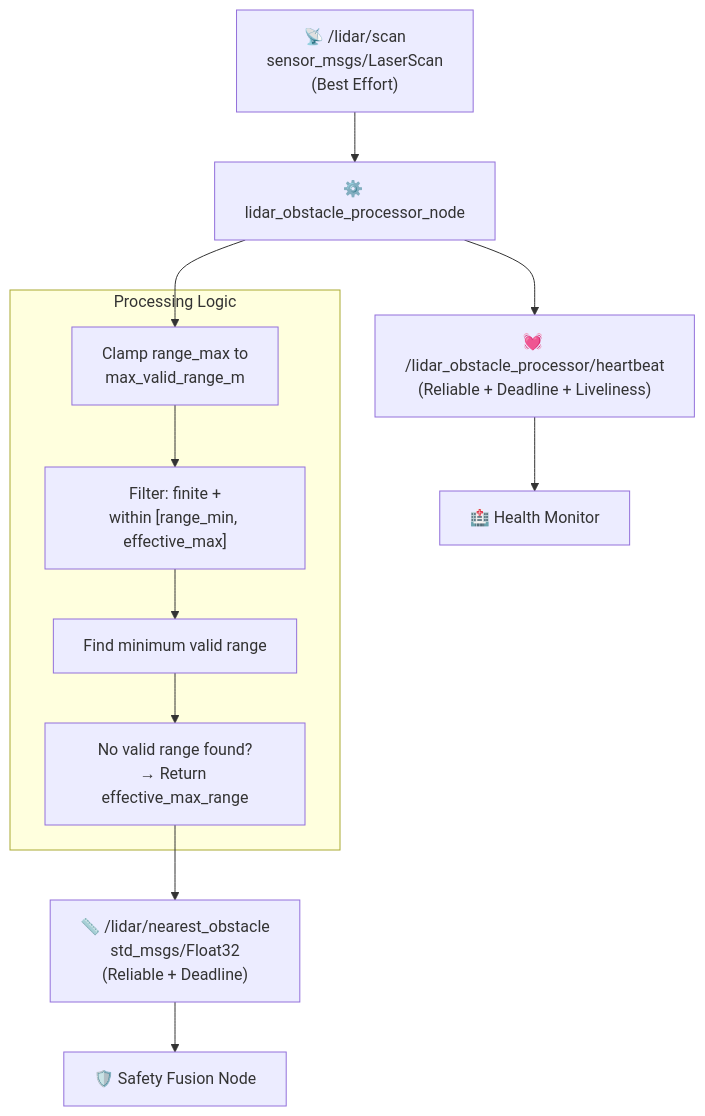
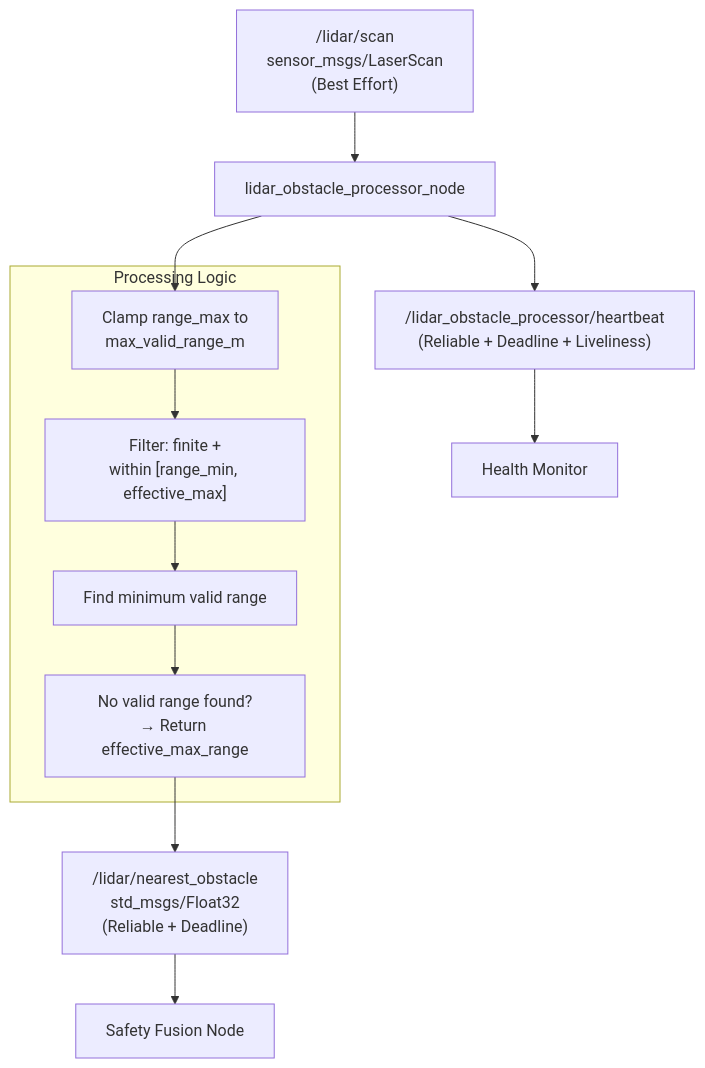
The first of 2 diagrams in src/drone_health_lidar_example/lidar_obstacle_processor/README.md (NILAMATHI1999/drone-health-modular-framework), drawn with Mermaid before and after one commit. The commit also changed other lines of this file, not shown here.

````diff
--- a/src/drone_health_lidar_example/lidar_obstacle_processor/README.md
+++ b/src/drone_health_lidar_example/lidar_obstacle_processor/README.md
@@ -12,19 +12,19 @@
 ```mermaid
 graph TD
-    LIDAR["📡 /lidar/scan<br/>sensor_msgs/LaserScan<br/>(Best Effort)"] --> PROC["⚙️ lidar_obstacle_processor_node"]
+    LIDAR[" /lidar/scan<br/>sensor_msgs/LaserScan<br/>(Best Effort)"] --> PROC[" lidar_obstacle_processor_node"]
     
     subgraph Core ["Processing Logic"]
         CLAMP["Clamp range_max to<br/>max_valid_range_m"]
         FILTER["Filter: finite +<br/>within [range_min, effective_max]"]
         FIND["Find minimum valid range"]
         FALLBACK["No valid range found?<br/>→ Return effective_max_range"]
     end
     
     PROC --> CLAMP --> FILTER --> FIND --> FALLBACK
     
-    FALLBACK --> OBS["📏 /lidar/nearest_obstacle<br/>std_msgs/Float32<br/>(Reliable + Deadline)"]
-    PROC --> HB["💓 /lidar_obstacle_processor/heartbeat<br/>(Reliable + Deadline + Liveliness)"]
+    FALLBACK --> OBS[" /lidar/nearest_obstacle<br/>std_msgs/Float32<br/>(Reliable + Deadline)"]
+    PROC --> HB[" /lidar_obstacle_processor/heartbeat<br/>(Reliable + Deadline + Liveliness)"]
     
-    OBS --> SF["🛡️ Safety Fusion Node"]
-    HB --> HM["🏥 Health Monitor"]
+    OBS --> SF[" Safety Fusion Node"]
+    HB --> HM[" Health Monitor"]
 ```
````
